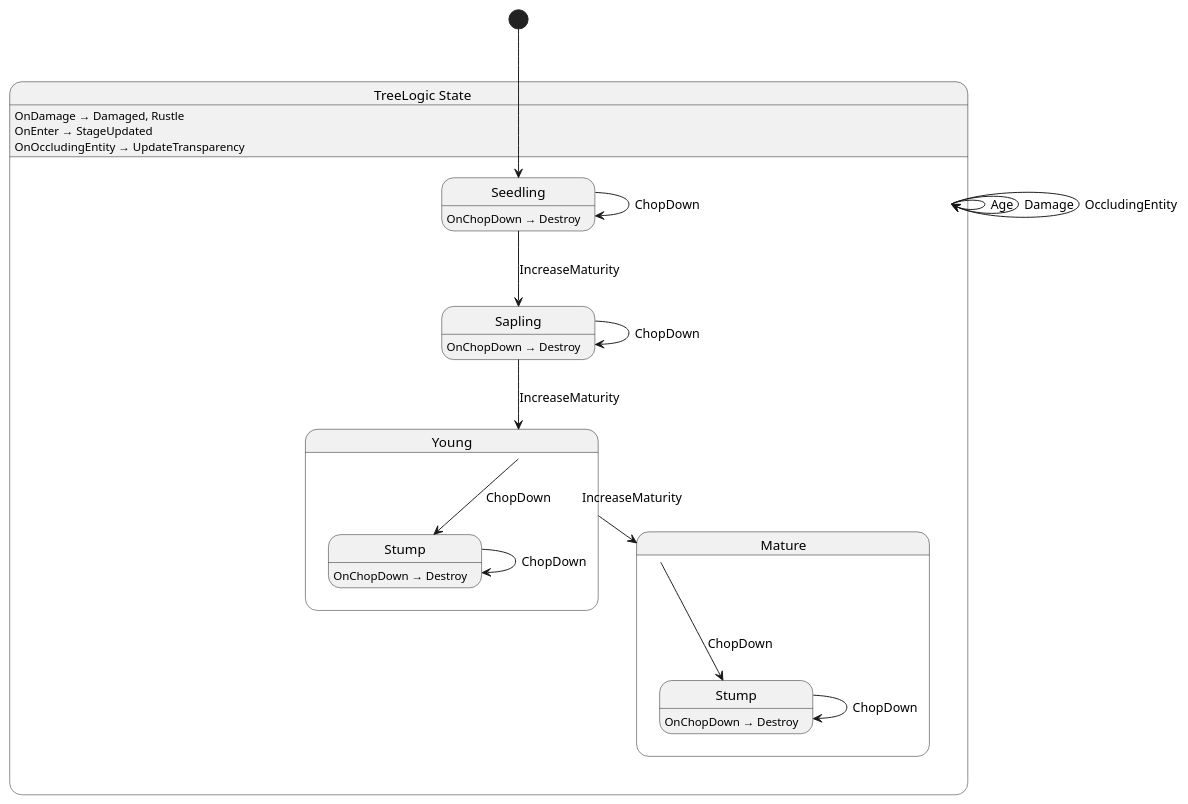
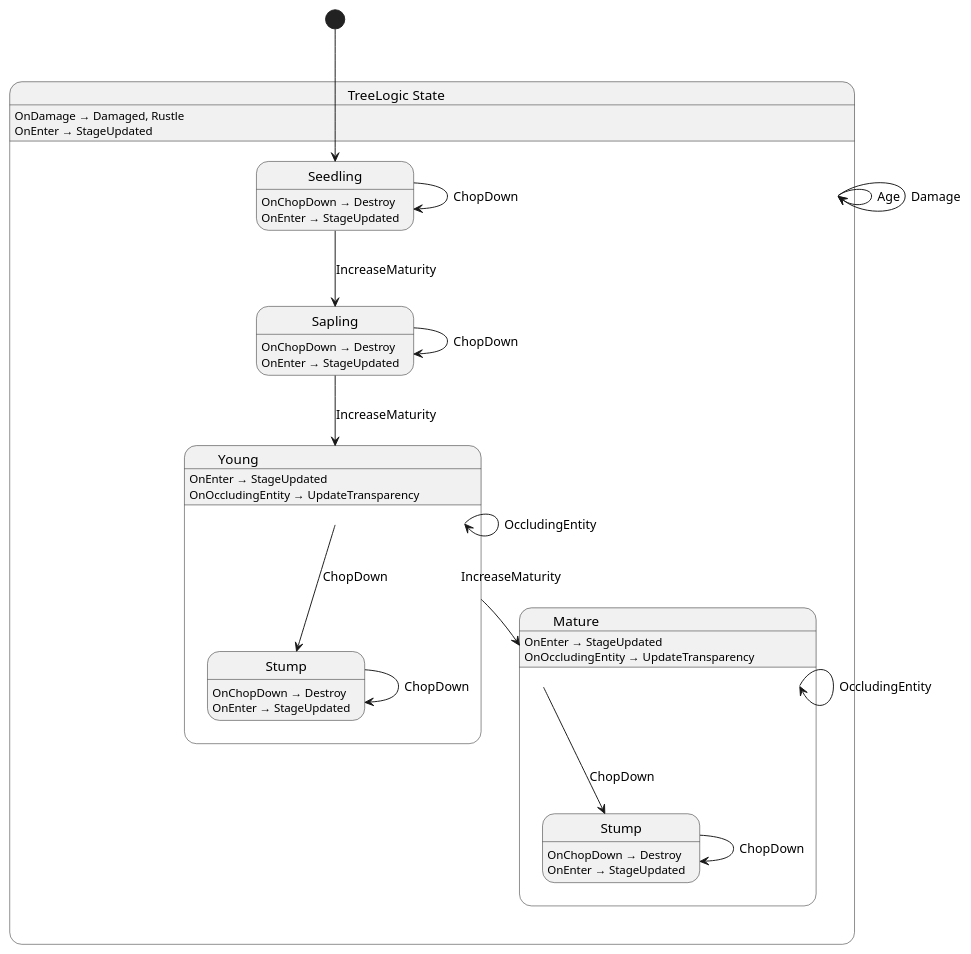
One commit to Nilsiker/Adventure changed the diagram in src/world/tree/state/TreeLogic.g.puml. Above: the diagram before and after it, drawn with PlantUML. The commit also changed 13 other files, not shown here.

```diff
--- a/src/world/tree/state/TreeLogic.g.puml
+++ b/src/world/tree/state/TreeLogic.g.puml
@@ -1,35 +1,43 @@
 @startuml TreeLogic
 state "TreeLogic State" as Shellguard_Tree_TreeLogic_State {
   state "Mature" as Shellguard_Tree_TreeLogic_State_Mature {
     state "Stump" as Shellguard_Tree_TreeLogic_State_Mature_Stump
   }
   state "Sapling" as Shellguard_Tree_TreeLogic_State_Sapling
   state "Seedling" as Shellguard_Tree_TreeLogic_State_Seedling
   state "Young" as Shellguard_Tree_TreeLogic_State_Young {
     state "Stump" as Shellguard_Tree_TreeLogic_State_Young_Stump
   }
 }
 
 Shellguard_Tree_TreeLogic_State --> Shellguard_Tree_TreeLogic_State : Age
 Shellguard_Tree_TreeLogic_State --> Shellguard_Tree_TreeLogic_State : Damage
-Shellguard_Tree_TreeLogic_State --> Shellguard_Tree_TreeLogic_State : OccludingEntity
+Shellguard_Tree_TreeLogic_State_Mature --> Shellguard_Tree_TreeLogic_State_Mature : OccludingEntity
 Shellguard_Tree_TreeLogic_State_Mature --> Shellguard_Tree_TreeLogic_State_Mature_Stump : ChopDown
 Shellguard_Tree_TreeLogic_State_Mature_Stump --> Shellguard_Tree_TreeLogic_State_Mature_Stump : ChopDown
 Shellguard_Tree_TreeLogic_State_Sapling --> Shellguard_Tree_TreeLogic_State_Sapling : ChopDown
 Shellguard_Tree_TreeLogic_State_Sapling --> Shellguard_Tree_TreeLogic_State_Young : IncreaseMaturity
 Shellguard_Tree_TreeLogic_State_Seedling --> Shellguard_Tree_TreeLogic_State_Sapling : IncreaseMaturity
 Shellguard_Tree_TreeLogic_State_Seedling --> Shellguard_Tree_TreeLogic_State_Seedling : ChopDown
 Shellguard_Tree_TreeLogic_State_Young --> Shellguard_Tree_TreeLogic_State_Mature : IncreaseMaturity
+Shellguard_Tree_TreeLogic_State_Young --> Shellguard_Tree_TreeLogic_State_Young : OccludingEntity
 Shellguard_Tree_TreeLogic_State_Young --> Shellguard_Tree_TreeLogic_State_Young_Stump : ChopDown
 Shellguard_Tree_TreeLogic_State_Young_Stump --> Shellguard_Tree_TreeLogic_State_Young_Stump : ChopDown
 
 Shellguard_Tree_TreeLogic_State : OnDamage → Damaged, Rustle
 Shellguard_Tree_TreeLogic_State : OnEnter → StageUpdated
-Shellguard_Tree_TreeLogic_State : OnOccludingEntity → UpdateTransparency
+Shellguard_Tree_TreeLogic_State_Mature : OnEnter → StageUpdated
+Shellguard_Tree_TreeLogic_State_Mature : OnOccludingEntity → UpdateTransparency
 Shellguard_Tree_TreeLogic_State_Mature_Stump : OnChopDown → Destroy
+Shellguard_Tree_TreeLogic_State_Mature_Stump : OnEnter → StageUpdated
 Shellguard_Tree_TreeLogic_State_Sapling : OnChopDown → Destroy
+Shellguard_Tree_TreeLogic_State_Sapling : OnEnter → StageUpdated
 Shellguard_Tree_TreeLogic_State_Seedling : OnChopDown → Destroy
+Shellguard_Tree_TreeLogic_State_Seedling : OnEnter → StageUpdated
+Shellguard_Tree_TreeLogic_State_Young : OnEnter → StageUpdated
+Shellguard_Tree_TreeLogic_State_Young : OnOccludingEntity → UpdateTransparency
 Shellguard_Tree_TreeLogic_State_Young_Stump : OnChopDown → Destroy
+Shellguard_Tree_TreeLogic_State_Young_Stump : OnEnter → StageUpdated
 
 [*] --> Shellguard_Tree_TreeLogic_State_Seedling
 @enduml
```
